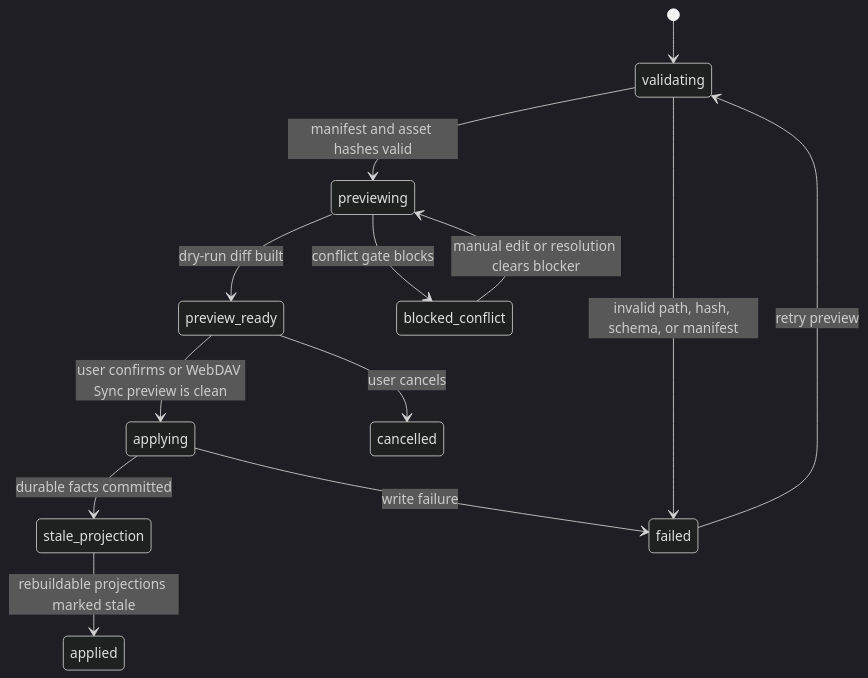
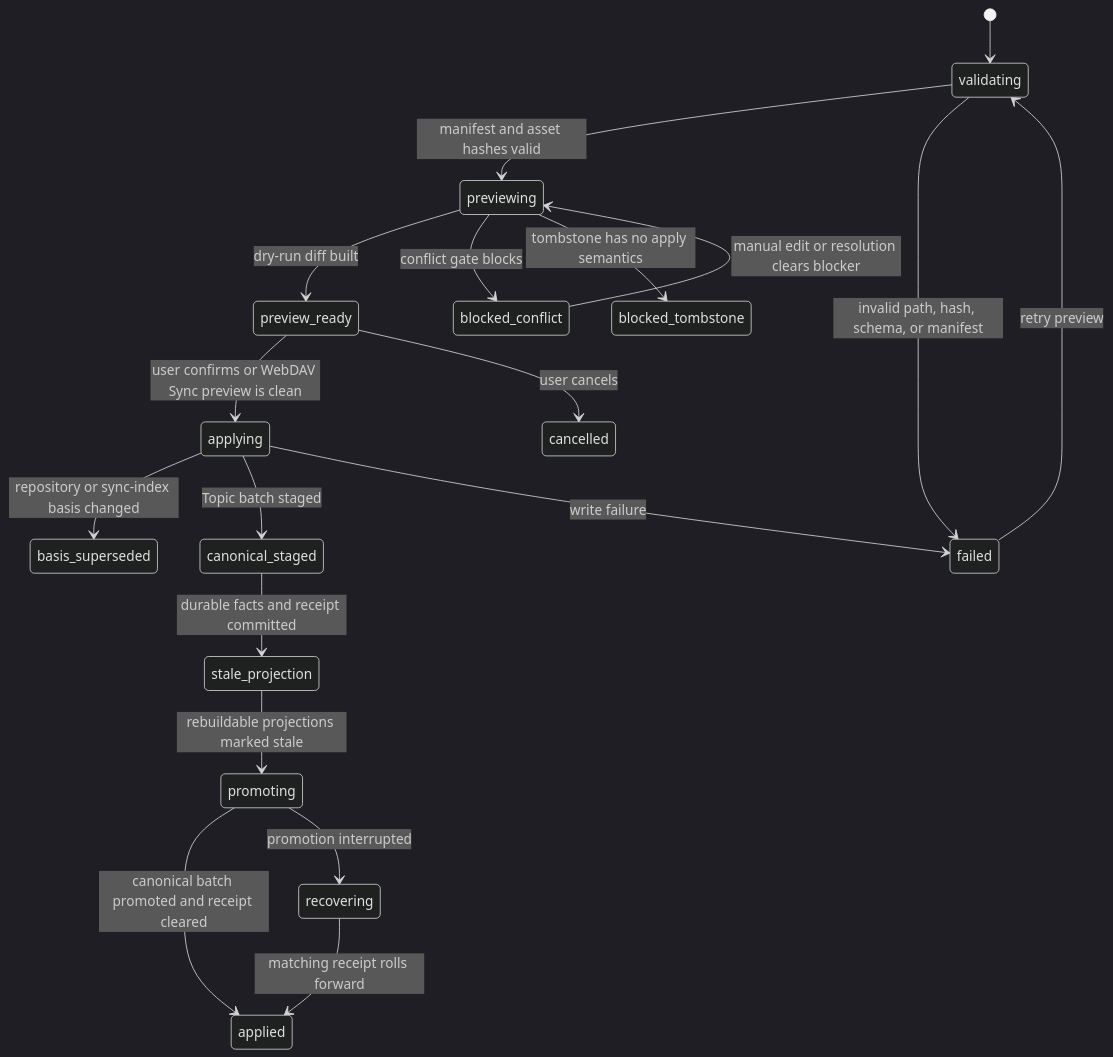
One commit to leike0813/zotero-agents changed the tenth of 11 diagrams in doc/synthesis-layer/state-machines.md. Above: the diagram before and after it, drawn with Mermaid (dark theme). The commit also changed other lines of this file and 31 other files, not shown here.

````diff
--- a/doc/synthesis-layer/state-machines.md
+++ b/doc/synthesis-layer/state-machines.md
@@ -294,15 +294,21 @@
 ```mermaid
 stateDiagram-v2
   [*] --> validating
   validating --> previewing: manifest and asset hashes valid
   validating --> failed: invalid path, hash, schema, or manifest
   previewing --> preview_ready: dry-run diff built
   previewing --> blocked_conflict: conflict gate blocks
+  previewing --> blocked_tombstone: tombstone has no apply semantics
   preview_ready --> applying: user confirms or WebDAV Sync preview is clean
   preview_ready --> cancelled: user cancels
   blocked_conflict --> previewing: manual edit or resolution clears blocker
-  applying --> stale_projection: durable facts committed
-  stale_projection --> applied: rebuildable projections marked stale
+  applying --> basis_superseded: repository or sync-index basis changed
+  applying --> canonical_staged: Topic batch staged
+  canonical_staged --> stale_projection: durable facts and receipt committed
+  stale_projection --> promoting: rebuildable projections marked stale
+  promoting --> applied: canonical batch promoted and receipt cleared
+  promoting --> recovering: promotion interrupted
+  recovering --> applied: matching receipt rolls forward
   applying --> failed: write failure
   failed --> validating: retry preview
 ```
````
